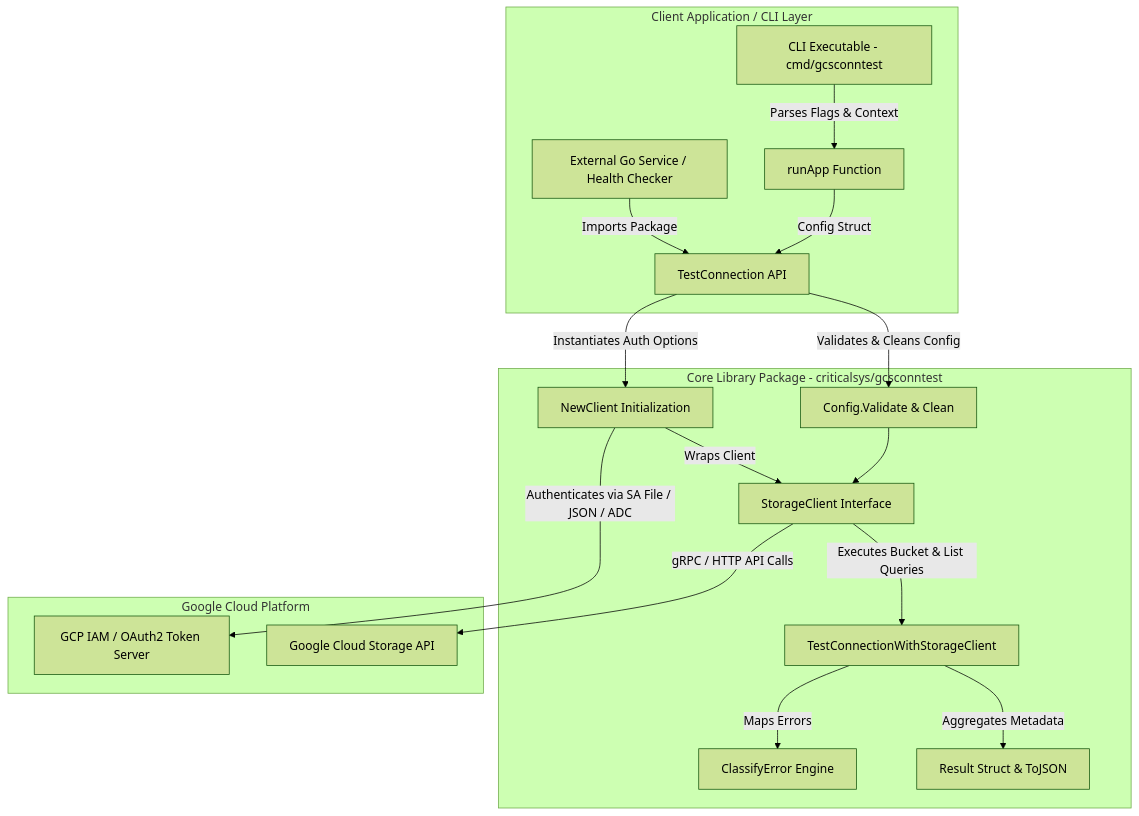
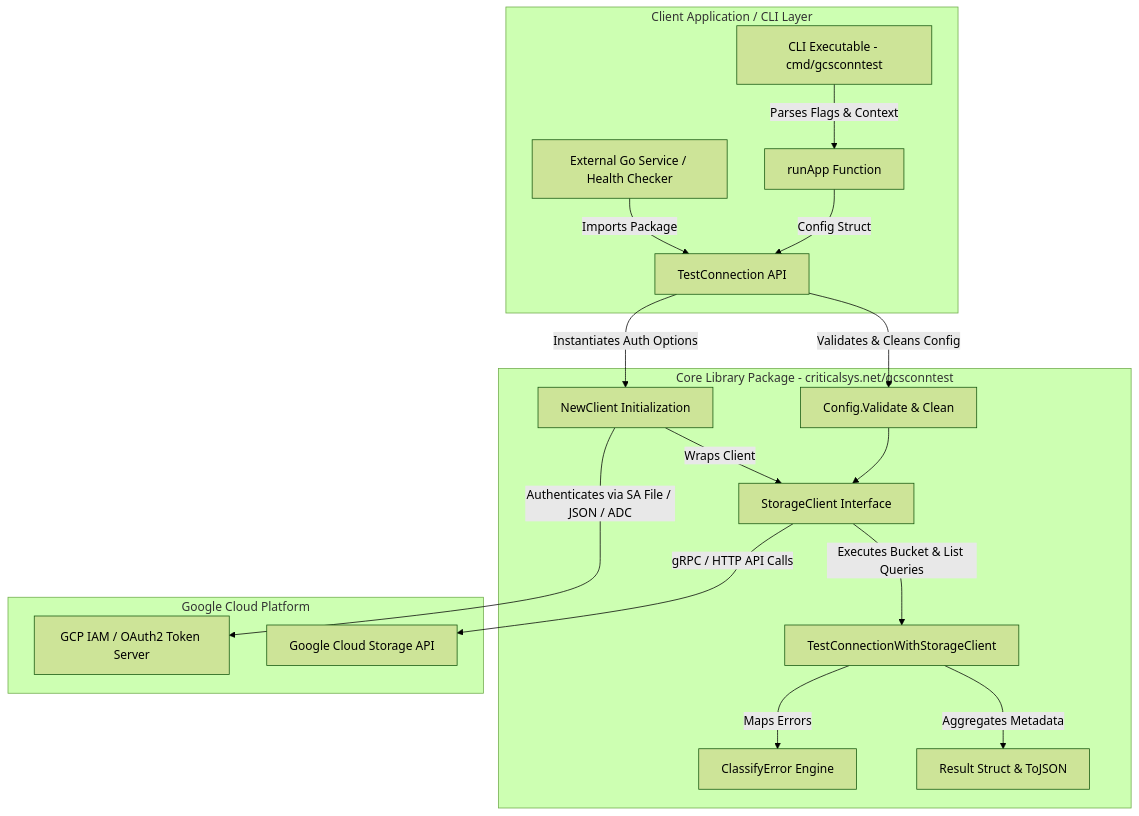
One commit to edsilegxrepo/gcsconntest changed the first of 4 diagrams in ARCHITECTURE.md. Above: the diagram before and after it, drawn with Mermaid (forest theme). The commit also changed other lines of this file and 13 other files, not shown here.

````diff
--- a/ARCHITECTURE.md
+++ b/ARCHITECTURE.md
@@ -13,23 +13,23 @@
 ```mermaid
 graph TD
     subgraph Client Application / CLI Layer
         A[CLI Executable - cmd/gcsconntest] -->|Parses Flags & Context| B[runApp Function]
         AA[External Go Service / Health Checker] -->|Imports Package| C[TestConnection API]
     end
 
-    subgraph Core Library Package - criticalsys/gcsconntest
+    subgraph Core Library Package - criticalsys.net/gcsconntest
         B -->|Config Struct| C
         C -->|Validates & Cleans Config| D[Config.Validate & Clean]
         C -->|Instantiates Auth Options| E[NewClient Initialization]
         E -->|Wraps Client| F[StorageClient Interface]
         D --> F
         F -->|Executes Bucket & List Queries| G[TestConnectionWithStorageClient]
         G -->|Maps Errors| H[ClassifyError Engine]
         G -->|Aggregates Metadata| I[Result Struct & ToJSON]
     end
 
     subgraph Google Cloud Platform
         E -->|Authenticates via SA File / JSON / ADC| J[GCP IAM / OAuth2 Token Server]
         F -->|gRPC / HTTP API Calls| K[Google Cloud Storage API]
     end
 ```
````
